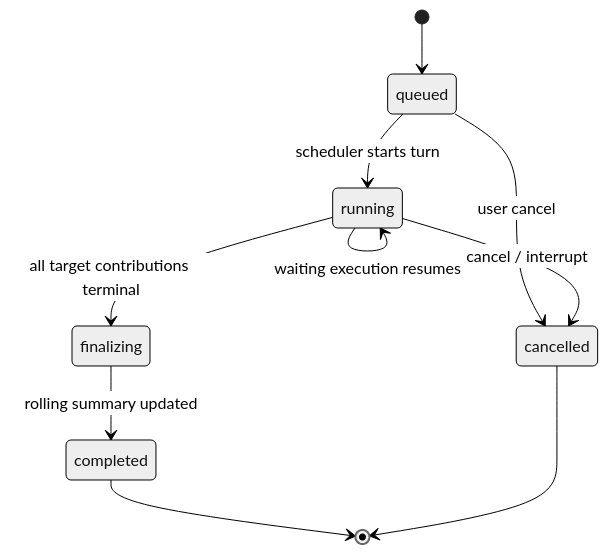
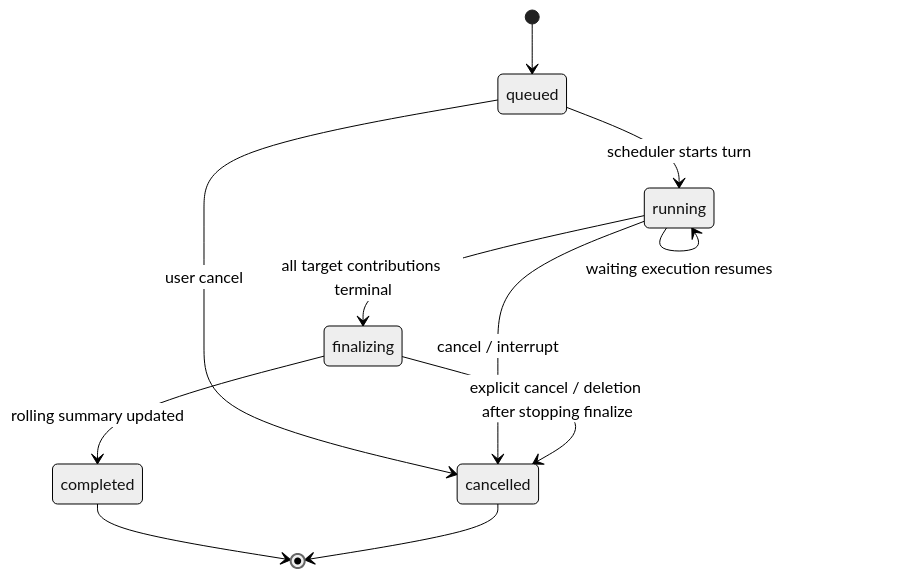
Before and after one commit to LunaDeerTech/agenteam: the sixth of 6 diagrams in docs/architecture/meeting/meeting-turn-runtime.md, drawn with Mermaid (neutral theme). The commit also changed other lines of this file and 86 other files, not shown here.

````diff
--- a/docs/architecture/meeting/meeting-turn-runtime.md
+++ b/docs/architecture/meeting/meeting-turn-runtime.md
@@ -692,17 +705,18 @@
 ```mermaid
 stateDiagram-v2
     [*] --> queued
     queued --> running: scheduler starts turn
 
     running --> running: contribution terminal / next sequential contribution
     running --> running: waiting execution resumes
     running --> finalizing: all target contributions terminal
 
     finalizing --> completed: rolling summary updated
 
     queued --> cancelled: user cancel
     running --> cancelled: cancel / interrupt
+    finalizing --> cancelled: explicit cancel / deletion after stopping finalize
 
     completed --> [*]
     cancelled --> [*]
 ```
````
